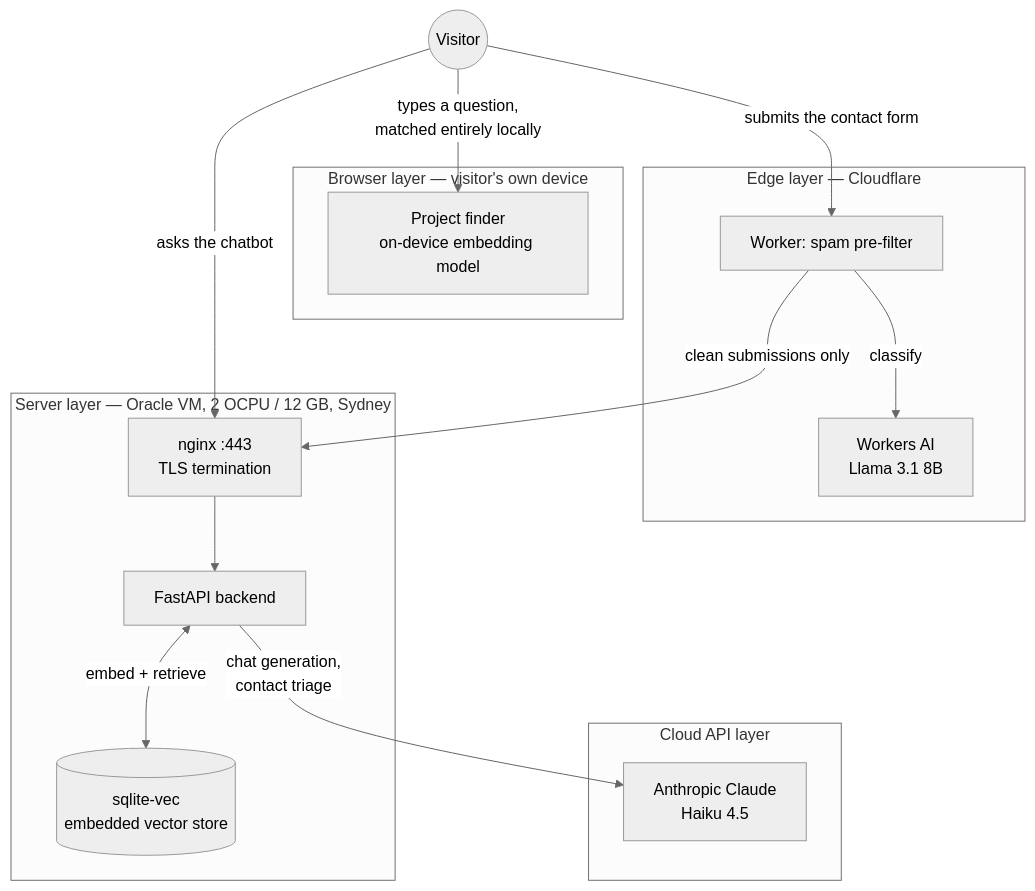
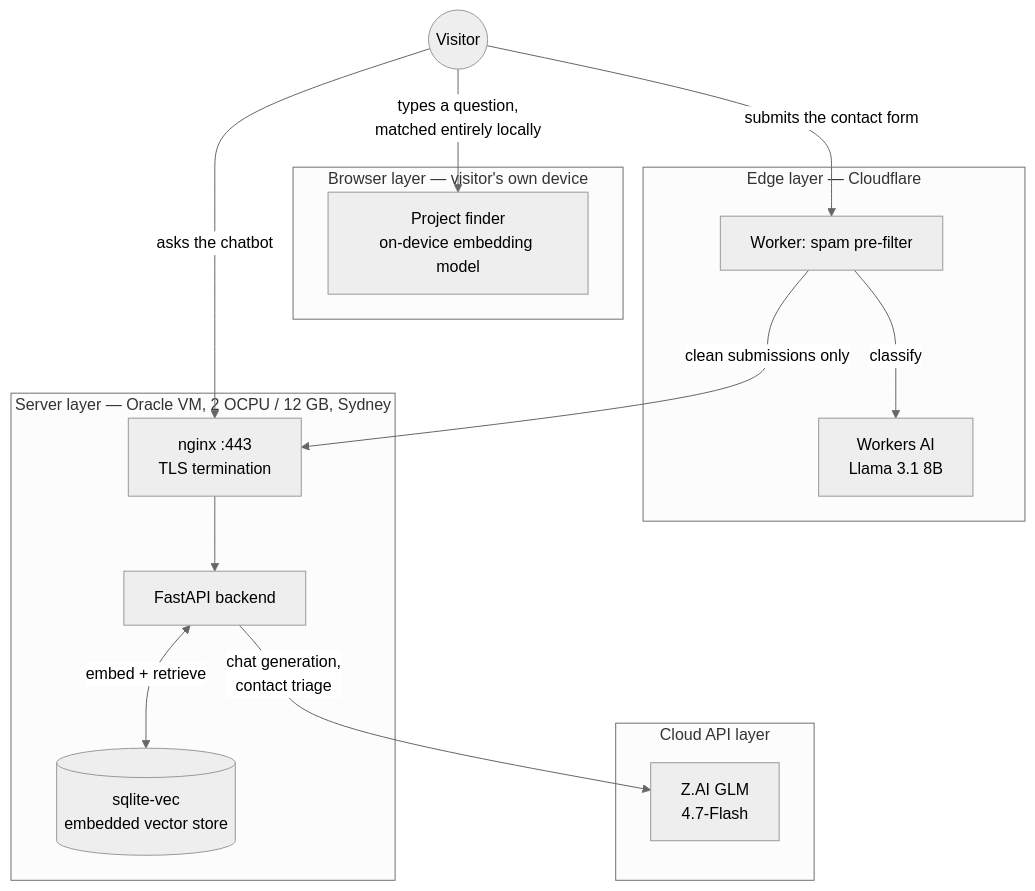
The diagram in docs/architecture.md (tr1pl3f4ul7/ai-portfolio), drawn with Mermaid (neutral theme) before and after one commit. The commit also changed other lines of this file and 5 other files, not shown here.

````diff
--- a/docs/architecture.md
+++ b/docs/architecture.md
@@ -19,32 +19,32 @@
 ```mermaid
 flowchart TB
     Visitor(("Visitor"))
 
     subgraph Browser["Browser layer — visitor's own device"]
         PF["Project finder<br/>on-device embedding model"]
     end
 
     subgraph EdgeL["Edge layer — Cloudflare"]
         Worker["Worker: spam pre-filter"]
         WorkersAI["Workers AI<br/>Llama 3.1 8B"]
         Worker -->|classify| WorkersAI
     end
 
     subgraph ServerL["Server layer — Oracle VM, 2 OCPU / 12 GB, Sydney"]
         Nginx["nginx :443<br/>TLS termination"]
         Backend["FastAPI backend"]
         Store[("sqlite-vec<br/>embedded vector store")]
         Nginx --> Backend
         Backend <-->|embed + retrieve| Store
     end
 
     subgraph CloudL["Cloud API layer"]
-        Claude["Anthropic Claude<br/>Haiku 4.5"]
+        Model["Z.AI GLM<br/>4.7-Flash"]
     end
 
     Visitor -->|"types a question,<br/>matched entirely locally"| PF
     Visitor -->|"asks the chatbot"| Nginx
     Visitor -->|"submits the contact form"| Worker
     Worker -->|"clean submissions only"| Nginx
-    Backend -->|"chat generation,<br/>contact triage"| Claude
+    Backend -->|"chat generation,<br/>contact triage"| Model
 ```
````
